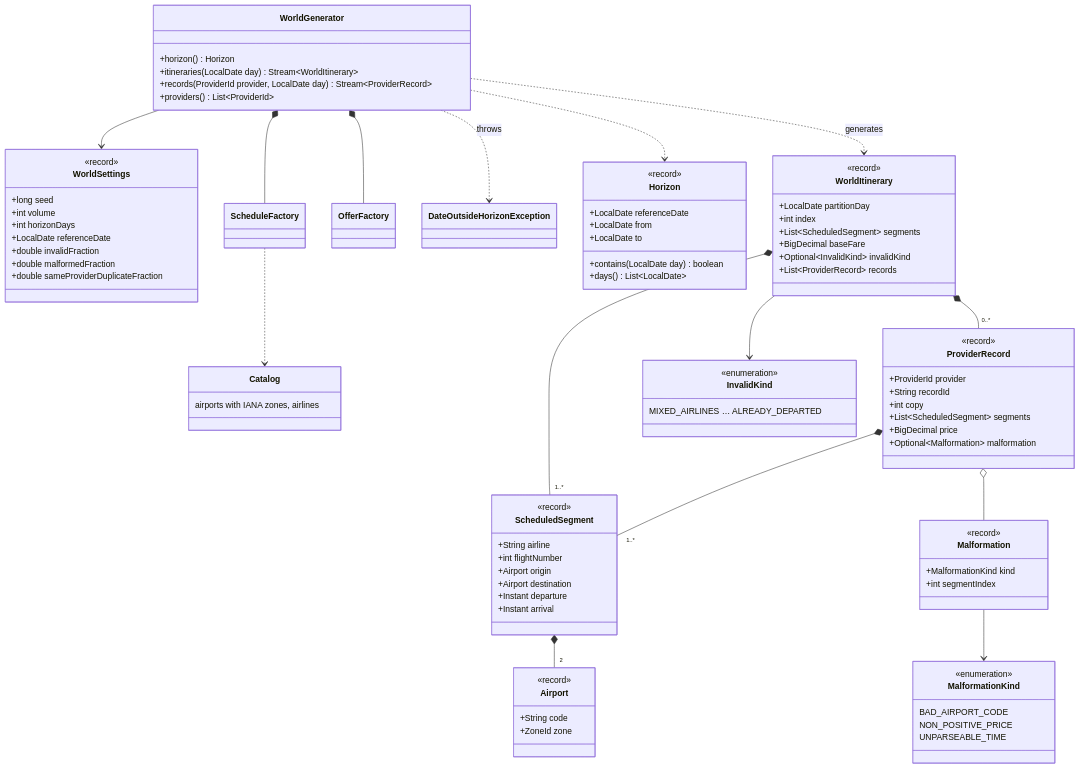
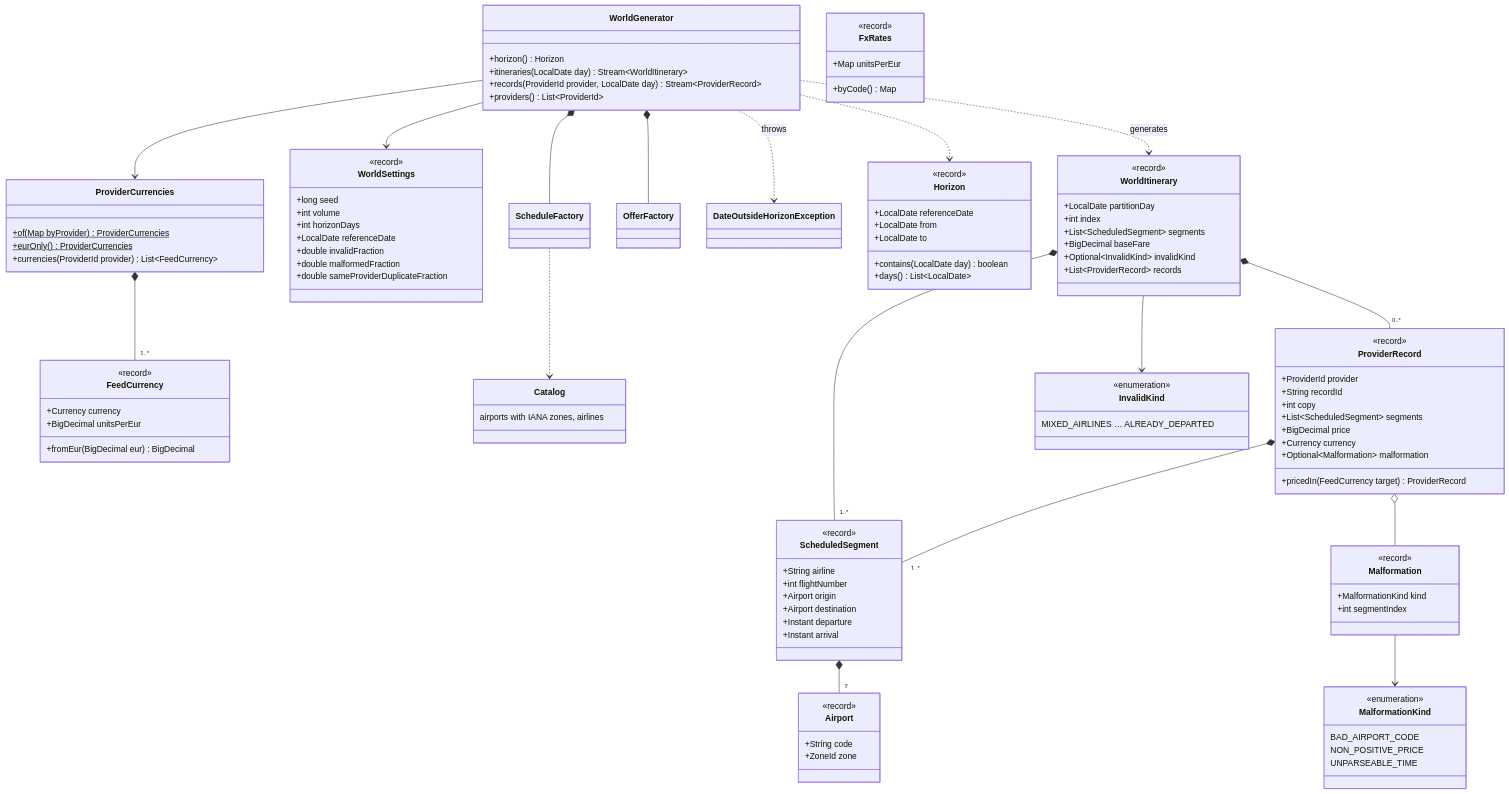
The first of 2 diagrams in docs/architecture/packages/gds-mock/inventory-domain.md (andresps980/flight-aggregator), drawn with Mermaid before and after one commit. The commit also changed other lines of this file and 14 other files, not shown here.

Commit message:
docs: spec 008 in usage, providers, architecture, SOLUTION.md and README; compose mixes currencies, CI uses the FX double

```diff
--- a/docs/architecture/packages/gds-mock/inventory-domain.md
+++ b/docs/architecture/packages/gds-mock/inventory-domain.md
@@ -20,6 +23,22 @@
         +itineraries(LocalDate day) Stream~WorldItinerary~
         +records(ProviderId provider, LocalDate day) Stream~ProviderRecord~
         +providers() List~ProviderId~
+    }
+    class ProviderCurrencies {
+        +of(Map byProvider)$ ProviderCurrencies
+        +eurOnly()$ ProviderCurrencies
+        +currencies(ProviderId provider) List~FeedCurrency~
+    }
+    class FeedCurrency {
+        <<record>>
+        +Currency currency
+        +BigDecimal unitsPerEur
+        +fromEur(BigDecimal eur) BigDecimal
+    }
+    class FxRates {
+        <<record>>
+        +Map unitsPerEur
+        +byCode() Map
     }
     class WorldSettings {
         <<record>>
@@ -61,7 +80,9 @@
         +int copy
         +List~ScheduledSegment~ segments
         +BigDecimal price
+        +Currency currency
         +Optional~Malformation~ malformation
+        +pricedIn(FeedCurrency target) ProviderRecord
     }
     class ScheduledSegment {
         <<record>>
@@ -94,6 +115,8 @@
     }
 
     WorldGenerator --> WorldSettings
+    WorldGenerator --> ProviderCurrencies
+    ProviderCurrencies *-- "1..*" FeedCurrency
     WorldGenerator *-- ScheduleFactory
     WorldGenerator *-- OfferFactory
     ScheduleFactory ..> Catalog
```
